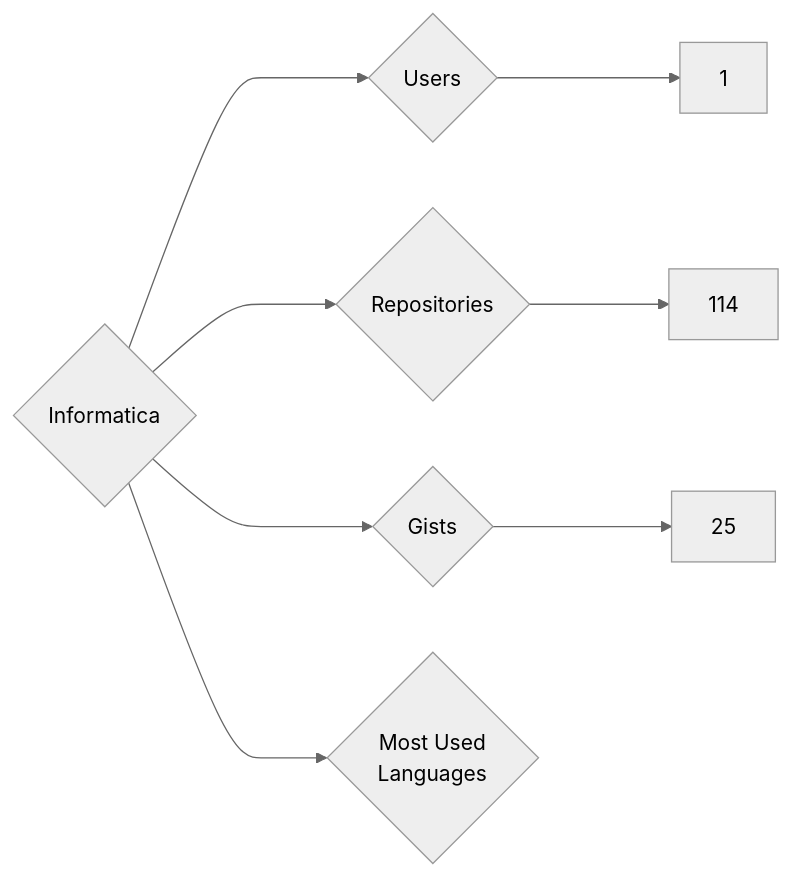
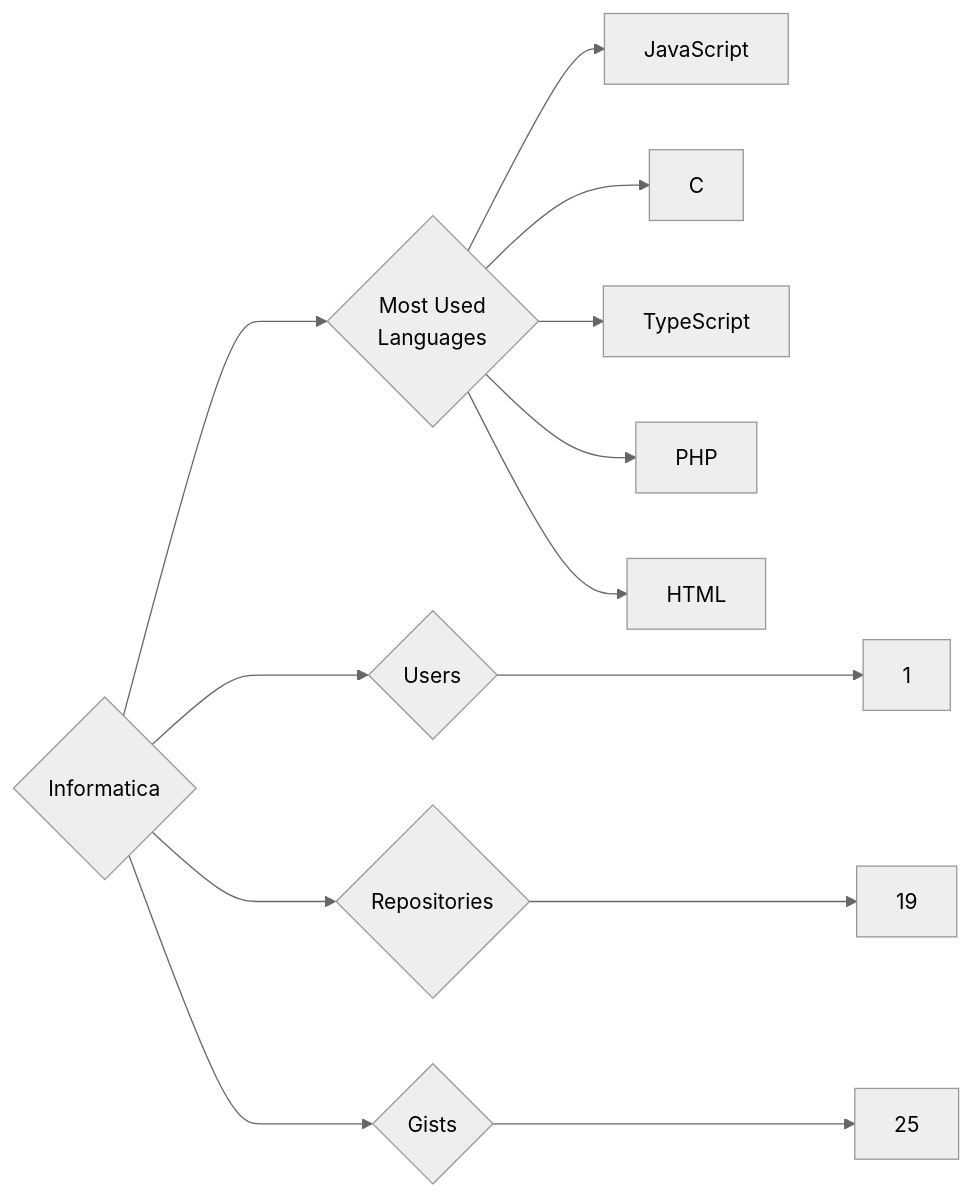
One commit to trickest/insiders changed the diagram in targets/Informatica/README.md. Above: the diagram before and after it, drawn with Mermaid (neutral theme). The commit also changed 545 other files, not shown here.

````diff
--- a/targets/Informatica/README.md
+++ b/targets/Informatica/README.md
@@ -3,8 +3,13 @@
 ```mermaid
 graph LR
 COMPANY_NAME{Informatica}
 COMPANY_NAME ---> U{Users} ---> UN[1]
-COMPANY_NAME ---> R{Repositories} ---> RN[114]
+COMPANY_NAME ---> R{Repositories} ---> RN[19]
 COMPANY_NAME ---> G{Gists} ---> GN[25]
 COMPANY_NAME ---> ML{Most Used<br>Languages}
+ML --> JavaScript[JavaScript]
+ML --> C[C]
+ML --> TypeScript[TypeScript]
+ML --> PHP[PHP]
+ML --> HTML[HTML]
 ```
````
